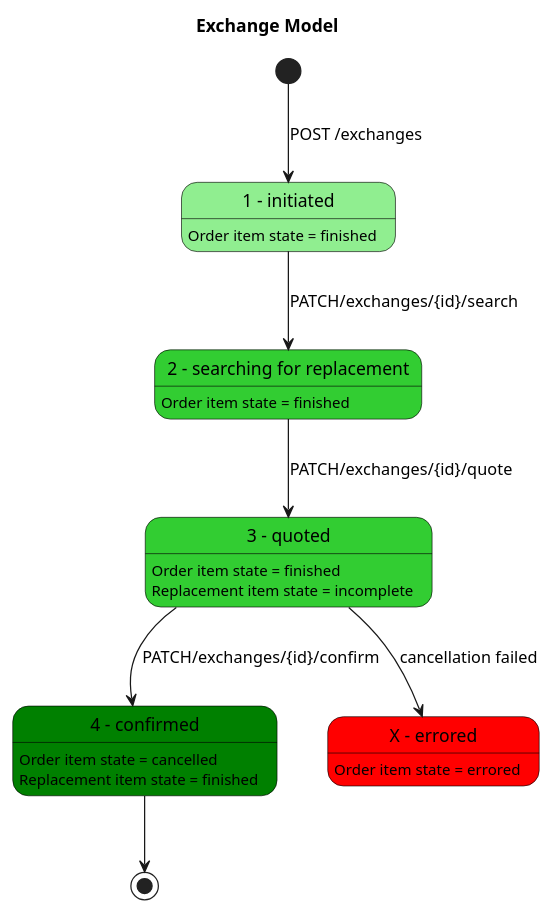
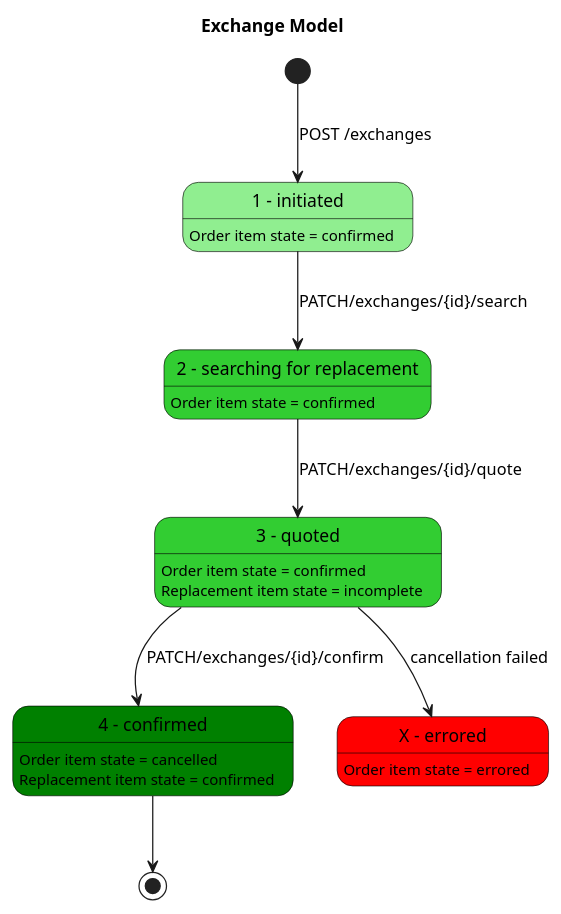
One commit to loco2/locohub-api-documentation changed the diagram in plantUML/exchange_state_diagram.puml. Above: the diagram before and after it, drawn with PlantUML.

Commit message:
Change final order item state

```diff
--- a/plantUML/exchange_state_diagram.puml
+++ b/plantUML/exchange_state_diagram.puml
@@ -1,39 +1,39 @@
 @startuml
 
 ' in order to change this diagram, please got to http://www.planttext.com
 skinparam state {
   StartColor Black
   EndColor Black
   BackgroundColor LightYellow
   BackgroundColor<<Initiated>> LightGreen
   BackgroundColor<<Searched>> LimeGreen
   BackgroundColor<<Quoted>> LimeGreen
   BackgroundColor<<Confirmed>> Green
   BackgroundColor<<Errored>> Red
   BorderColor Black
   FontName Impact
 }
 title Exchange Model
 state "1 - initiated" as Initiated<<Initiated>>
-Initiated: Order item state = finished
+Initiated: Order item state = confirmed
 state "2 - searching for replacement" as Searched <<Searched>>
-Searched: Order item state = finished
+Searched: Order item state = confirmed
 state "3 - quoted" as Quoted <<Quoted>>
-Quoted: Order item state = finished
+Quoted: Order item state = confirmed
 Quoted: Replacement item state = incomplete
 state "4 - confirmed" as Confirmed <<Confirmed>>
 Confirmed: Order item state = cancelled    
-Confirmed: Replacement item state = finished
+Confirmed: Replacement item state = confirmed
 state "X - errored" as Errored <<Errored>>
 Errored: Order item state = errored    
 
 ' non nominal case
 Quoted --> Errored : cancellation failed
 
 [*] -down->Initiated: POST /exchanges
 Initiated -down-> Searched : PATCH/exchanges/{id}/search
 Searched -down-> Quoted : PATCH/exchanges/{id}/quote
 Quoted -down-> Confirmed : PATCH/exchanges/{id}/confirm
 Confirmed -down-> [*]
 
 @enduml
```
